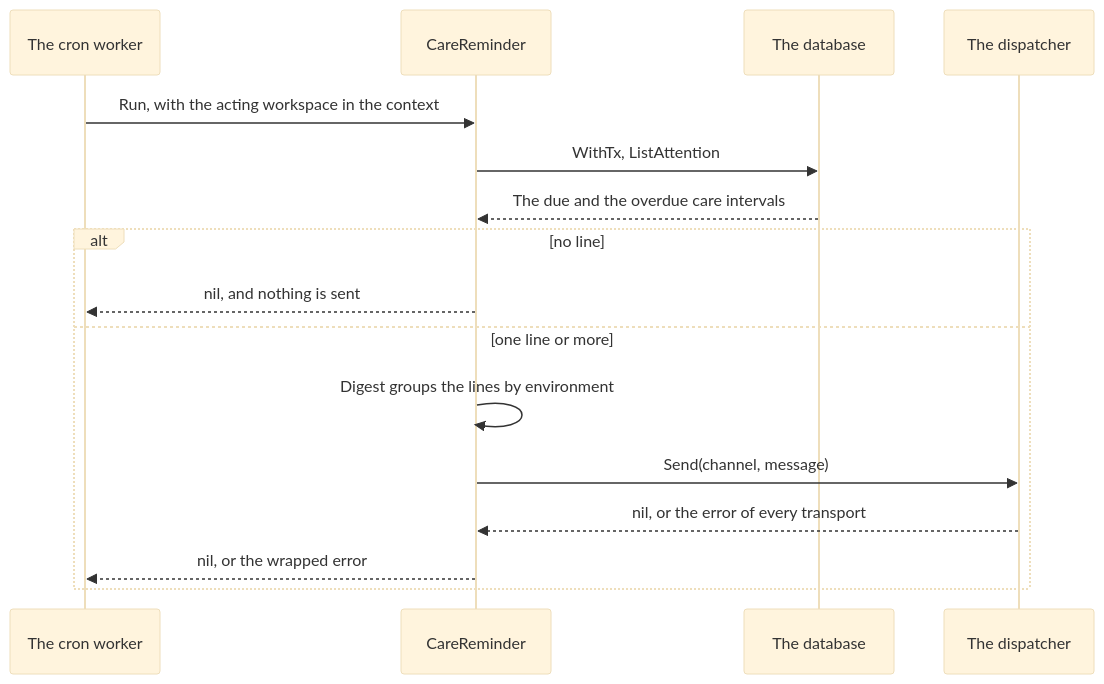
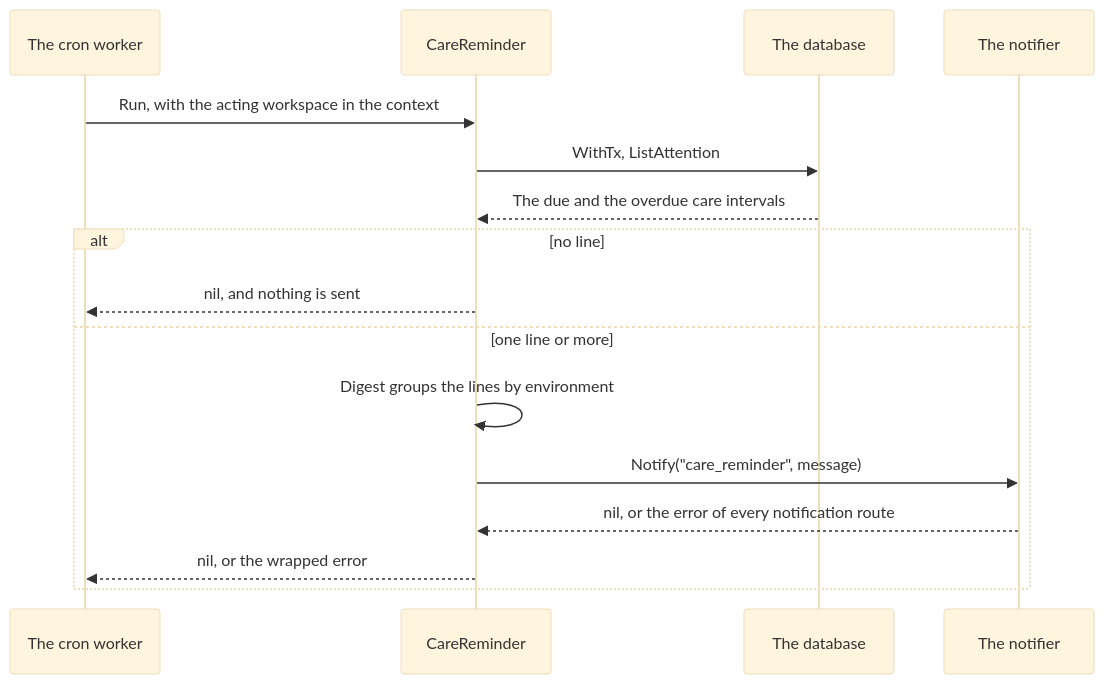
Before and after one commit to ABGEO/maroid: the second of 2 diagrams in specs/features/garden/spec.md, drawn with Mermaid (base theme). The commit also changed other lines of this file and 51 other files, not shown here.

````diff
--- a/specs/features/garden/spec.md
+++ b/specs/features/garden/spec.md
@@ -272,18 +272,18 @@
 ```mermaid
 sequenceDiagram
     participant S as The cron worker
     participant J as CareReminder
     participant D as The database
-    participant N as The dispatcher
+    participant N as The notifier
     S->>J: Run, with the acting workspace in the context
     J->>D: WithTx, ListAttention
     D-->>J: The due and the overdue care intervals
     alt no line
         J-->>S: nil, and nothing is sent
     else one line or more
         J->>J: Digest groups the lines by environment
-        J->>N: Send(channel, message)
-        N-->>J: nil, or the error of every transport
+        J->>N: Notify("care_reminder", message)
+        N-->>J: nil, or the error of every notification route
         J-->>S: nil, or the wrapped error
     end
 ```
````
